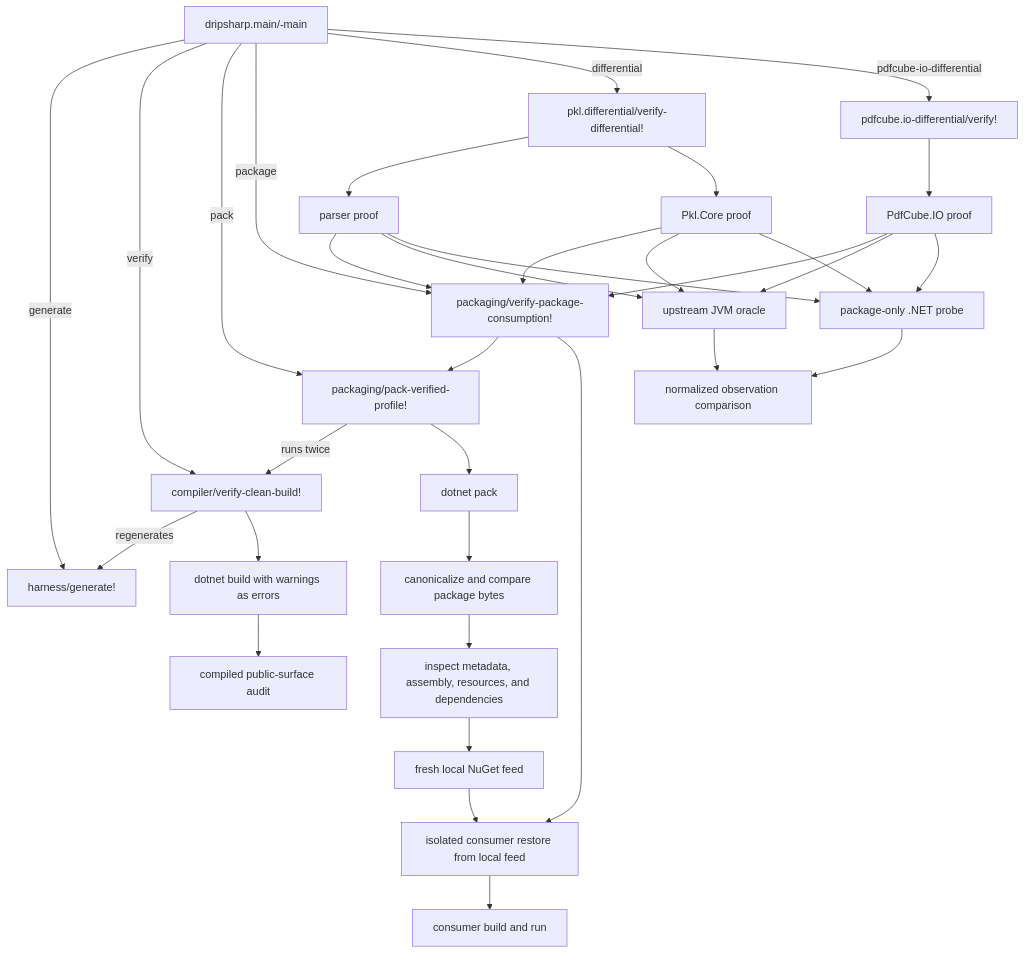
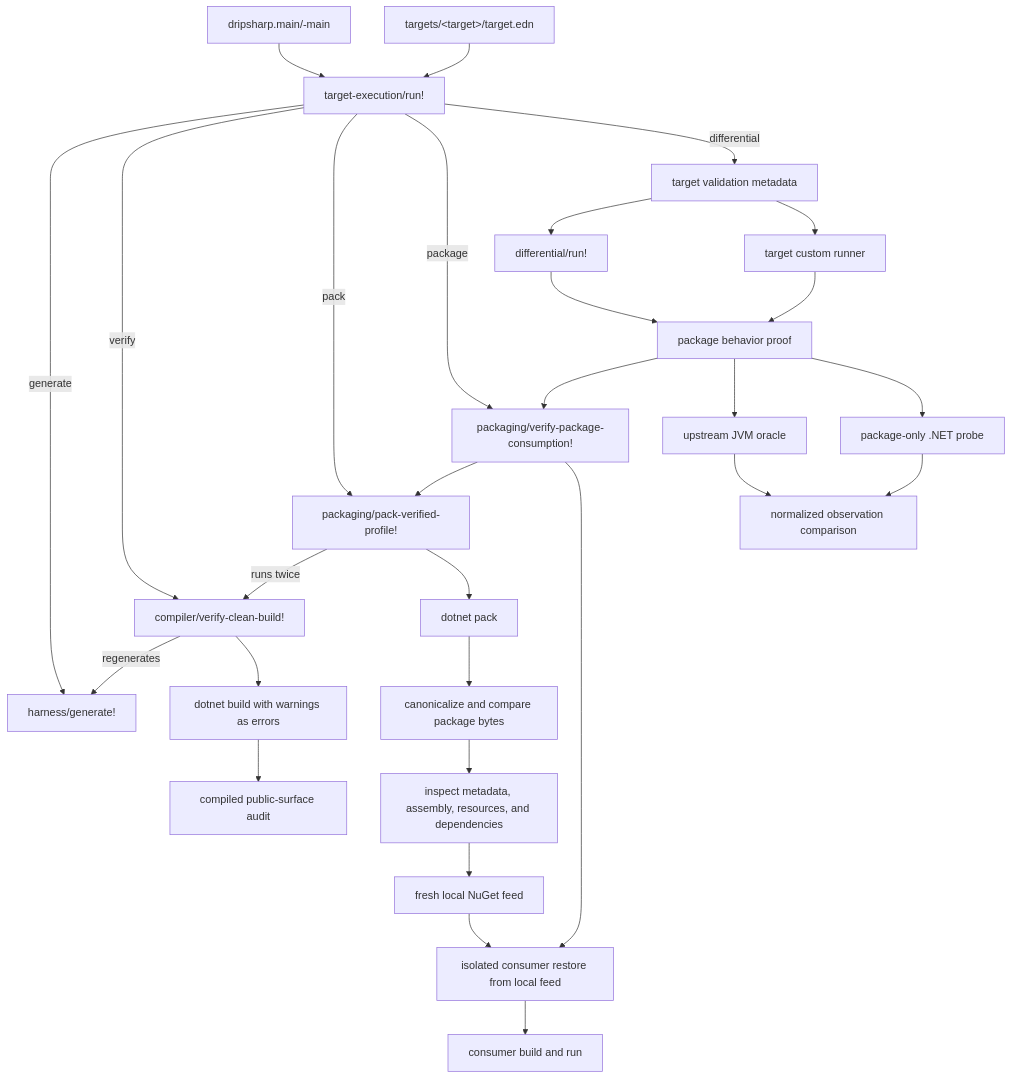
The first of 3 diagrams in doc/architecture.md (dripsharp/dripsharp), drawn with Mermaid before and after one commit. The commit also changed other lines of this file and 145 other files, not shown here.

Commit message:
Drive target workflows and CLI dispatch from metadata

````diff
--- a/doc/architecture.md
+++ b/doc/architecture.md
@@ -27,41 +27,39 @@
 ```mermaid
 flowchart TD
   CLI["dripsharp.main/-main"]
+  Target["targets/&lt;target&gt;/target.edn"]
+  Execute["target-execution/run!"]
 
-  CLI -->|generate| Generate["harness/generate!"]
-  CLI -->|verify| Verify["compiler/verify-clean-build!"]
-  CLI -->|pack| Pack["packaging/pack-verified-profile!"]
-  CLI -->|package| Consume["packaging/verify-package-consumption!"]
-  CLI -->|differential| PklDifferential["pkl.differential/verify-differential!"]
-  CLI -->|pdfcube-io-differential| PdfCubeIoDifferential["pdfcube.io-differential/verify!"]
+  CLI --> Execute
+  Target --> Execute
+  Execute -->|generate| Generate["harness/generate!"]
+  Execute -->|verify| Verify["compiler/verify-clean-build!"]
+  Execute -->|pack| Pack["packaging/pack-verified-profile!"]
+  Execute -->|package| Consume["packaging/verify-package-consumption!"]
+  Execute -->|differential| Validation["target validation metadata"]
+  Validation --> SharedDifferential["differential/run!"]
+  Validation --> CustomDifferential["target custom runner"]
 
   Verify -->|regenerates| Generate
   Verify --> Build["dotnet build with warnings as errors"]
   Build --> CompiledSurface["compiled public-surface audit"]
 
   Pack -->|runs twice| Verify
   Pack --> DotnetPack["dotnet pack"]
   DotnetPack --> Canonicalize["canonicalize and compare package bytes"]
   Canonicalize --> Inspect["inspect metadata, assembly, resources, and dependencies"]
   Inspect --> Feed["fresh local NuGet feed"]
 
   Consume --> Pack
   Consume --> Restore["isolated consumer restore from local feed"]
   Feed --> Restore
   Restore --> ConsumerRun["consumer build and run"]
 
-  PklDifferential --> ParserProof["parser proof"]
-  PklDifferential --> CoreProof["Pkl.Core proof"]
-  PdfCubeIoDifferential --> PdfCubeIoProof["PdfCube.IO proof"]
-  ParserProof --> Consume
-  CoreProof --> Consume
-  PdfCubeIoProof --> Consume
-  ParserProof --> JavaOracle["upstream JVM oracle"]
-  CoreProof --> JavaOracle
-  PdfCubeIoProof --> JavaOracle
-  ParserProof --> PackageProbe["package-only .NET probe"]
-  CoreProof --> PackageProbe
-  PdfCubeIoProof --> PackageProbe
+  SharedDifferential --> PackageProof["package behavior proof"]
+  CustomDifferential --> PackageProof
+  PackageProof --> Consume
+  PackageProof --> JavaOracle["upstream JVM oracle"]
+  PackageProof --> PackageProbe["package-only .NET probe"]
   JavaOracle --> Compare["normalized observation comparison"]
   PackageProbe --> Compare
 ```
````
